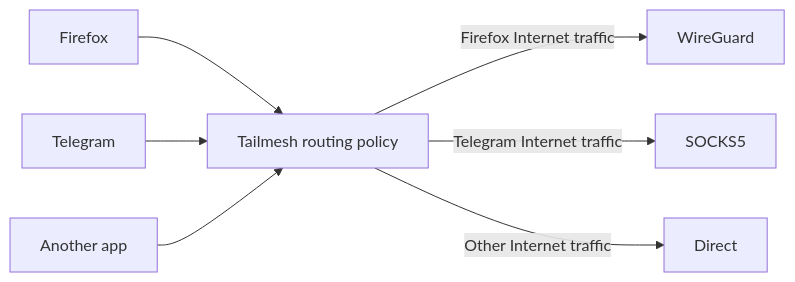
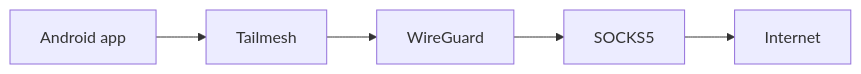
The third of 4 diagrams in README.md (franticplant/tailmesh-android), drawn with Mermaid before and after one commit. The commit also changed other lines of this file, not shown here.

Commit message:
docs: update README for current Tailmesh feature set

````diff
--- a/README.md
+++ b/README.md
@@ -43,20 +177,10 @@
 ```mermaid
 flowchart LR
-    FIREFOX["Firefox"]
-    TELEGRAM["Telegram"]
-    OTHER["Another app"]
-
-    POLICY["Tailmesh routing policy"]
-
+    APP["Android app"]
+    ROUTER["Tailmesh"]
     WG["WireGuard"]
     SOCKS["SOCKS5"]
-    DIRECT["Direct"]
+    NET["Internet"]
 
-    FIREFOX --> POLICY
-    TELEGRAM --> POLICY
-    OTHER --> POLICY
-
-    POLICY -->|"Firefox Internet traffic"| WG
-    POLICY -->|"Telegram Internet traffic"| SOCKS
-    POLICY -->|"Other Internet traffic"| DIRECT
+    APP --> ROUTER --> WG --> SOCKS --> NET
 ```
````
